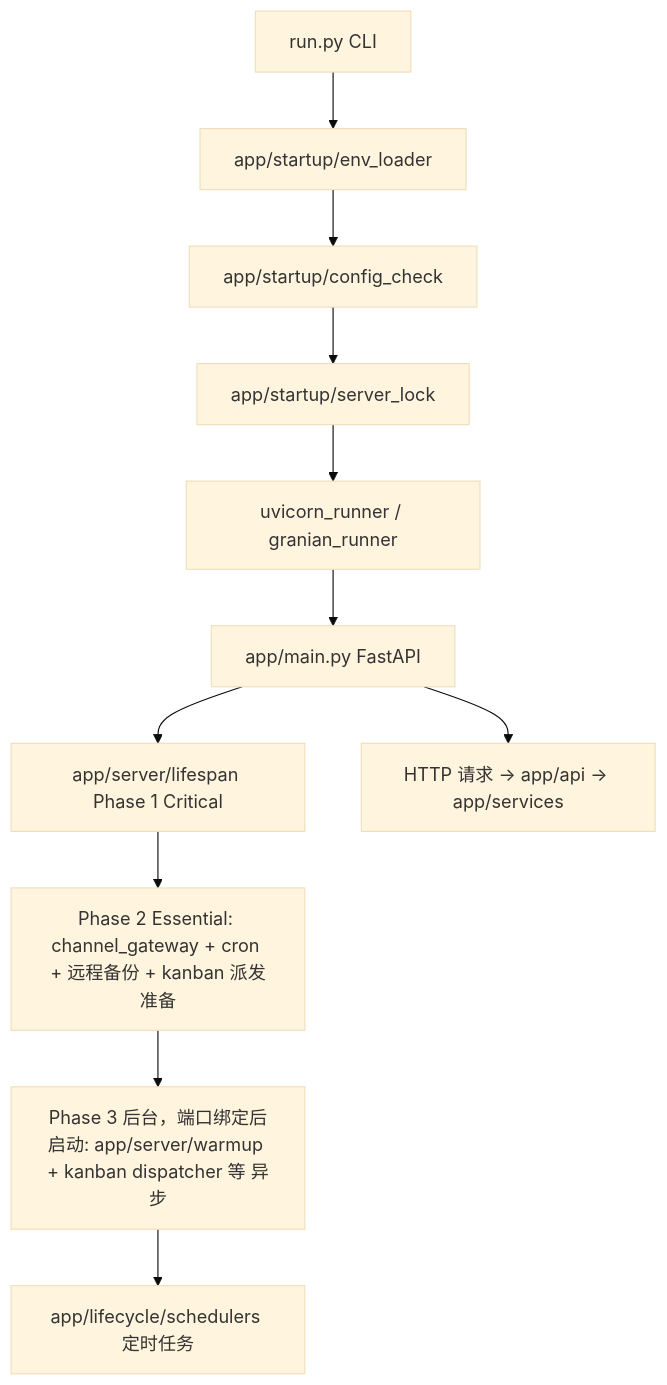
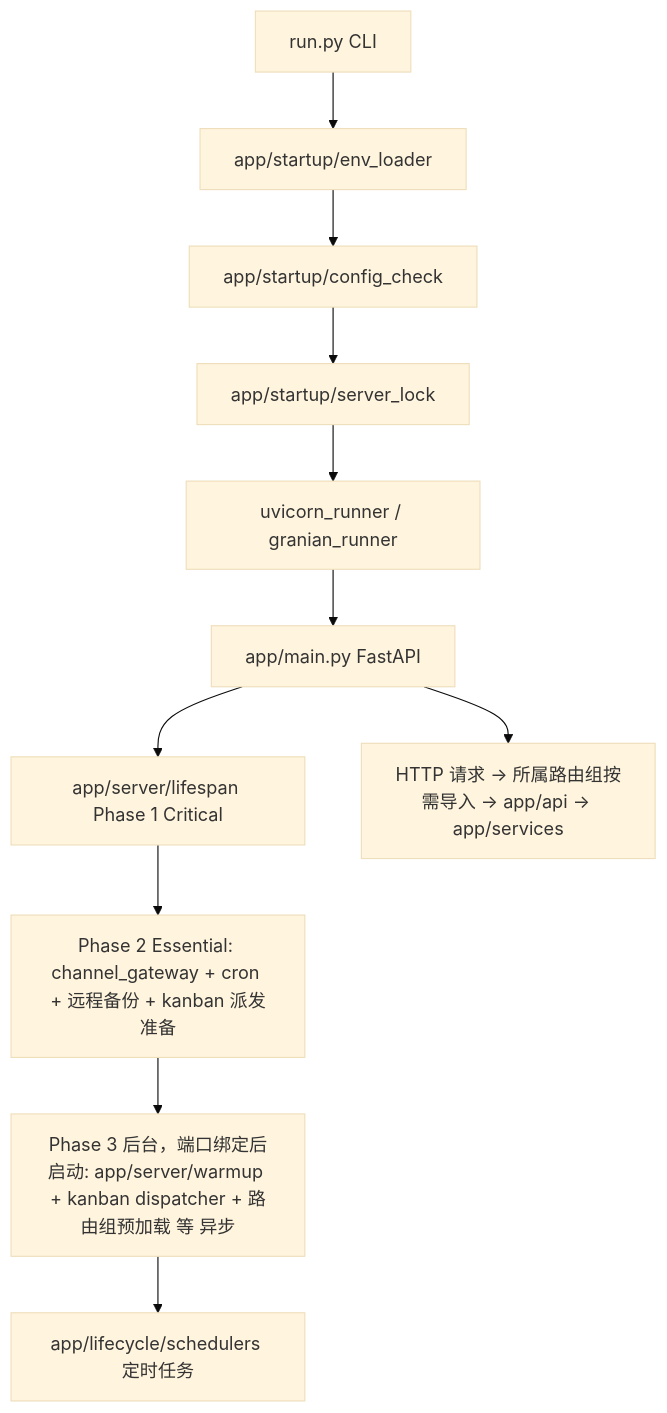
The diagram in ARCHITECTURE.md (Pursue-LLL/myrm-agent), drawn with Mermaid (base theme) before and after one commit. The commit also changed other lines of this file and 27 other files, not shown here.

First line of the commit message:
perf(server): mount /api/v1 route groups on demand instead of importing every router at startup

````diff
--- a/ARCHITECTURE.md
+++ b/ARCHITECTURE.md
@@ -92,13 +92,13 @@
 ```mermaid
 flowchart TD
   A[run.py CLI] --> B[app/startup/env_loader]
   B --> D[app/startup/config_check]
   D --> E[app/startup/server_lock]
   E --> F[uvicorn_runner / granian_runner]
   F --> G[app/main.py FastAPI]
   G --> H[app/server/lifespan Phase 1 Critical]
   H --> I[Phase 2 Essential: channel_gateway + cron + 远程备份 + kanban 派发准备]
-  I --> J[Phase 3 后台，端口绑定后启动: app/server/warmup + kanban dispatcher 等 异步]
+  I --> J[Phase 3 后台，端口绑定后启动: app/server/warmup + kanban dispatcher + 路由组预加载 等 异步]
   J --> K[app/lifecycle/schedulers 定时任务]
-  G --> L[HTTP 请求 → app/api → app/services]
+  G --> L[HTTP 请求 → 所属路由组按需导入 → app/api → app/services]
 ```
````
